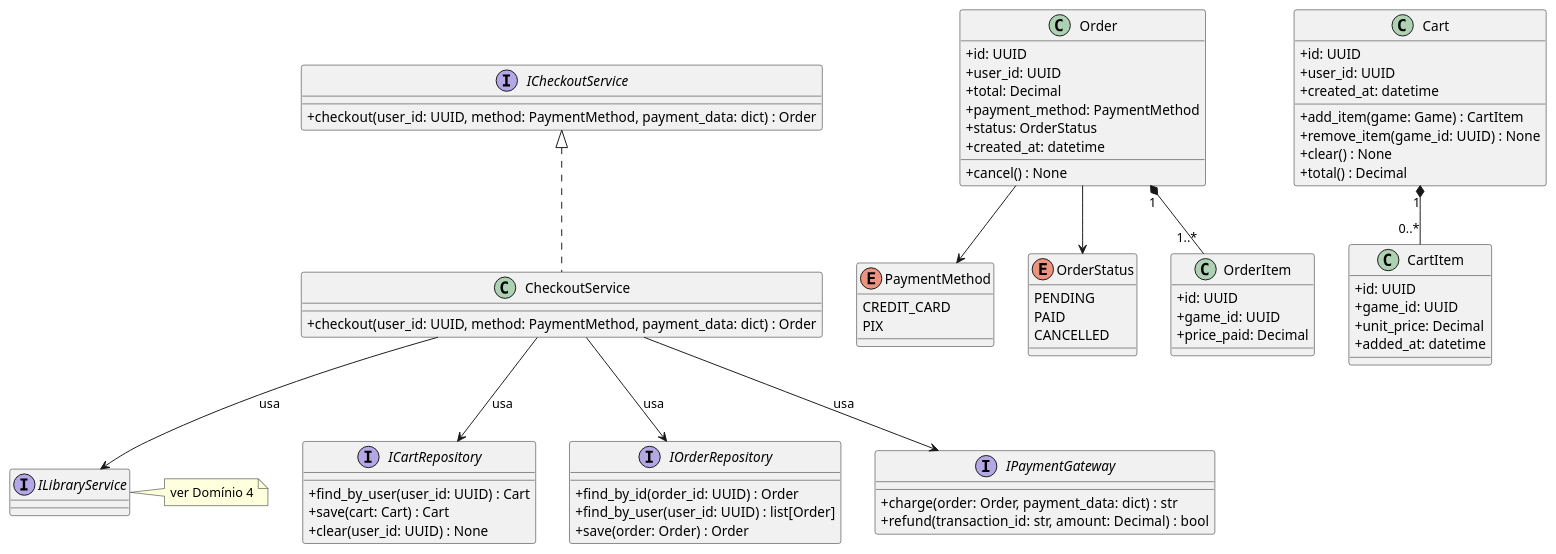
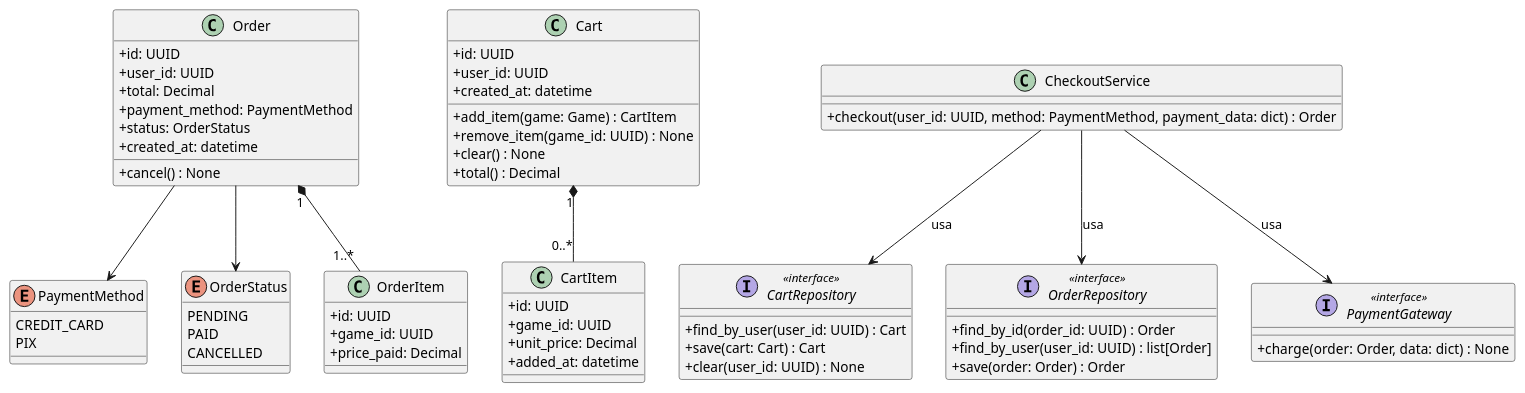
One commit to osantana/a3-ms changed diagram 12 of 14 in projeto-vapor.adoc. Above: the diagram before and after it, drawn with PlantUML. The commit also changed other lines of this file and 33 other files, not shown here.

```diff
--- a/projeto-vapor.adoc
+++ b/projeto-vapor.adoc
@@ -834,29 +951,20 @@
   + price_paid: Decimal
 }
 
-interface ICartRepository {
+interface CartRepository <<interface>> {
   + find_by_user(user_id: UUID) : Cart
   + save(cart: Cart) : Cart
   + clear(user_id: UUID) : None
 }
 
-interface IOrderRepository {
+interface OrderRepository <<interface>> {
   + find_by_id(order_id: UUID) : Order
   + find_by_user(user_id: UUID) : list[Order]
   + save(order: Order) : Order
 }
 
-interface IPaymentGateway {
-  + charge(order: Order, payment_data: dict) : str
-  + refund(transaction_id: str, amount: Decimal) : bool
-}
-
-interface ILibraryService {
-}
-note right of ILibraryService : ver Domínio 4
-
-interface ICheckoutService {
-  + checkout(user_id: UUID, method: PaymentMethod, payment_data: dict) : Order
+interface PaymentGateway <<interface>> {
+  + charge(order: Order, data: dict) : None
 }
 
 class CheckoutService {
@@ -867,10 +975,8 @@
 Order --> PaymentMethod
 Order --> OrderStatus
 Order "1" *-- "1..*" OrderItem
-ICheckoutService <|.. CheckoutService
-CheckoutService --> IPaymentGateway : usa
-CheckoutService --> ICartRepository : usa
-CheckoutService --> IOrderRepository : usa
-CheckoutService --> ILibraryService : usa
+CheckoutService --> CartRepository : usa
+CheckoutService --> OrderRepository : usa
+CheckoutService --> PaymentGateway : usa
 @enduml
 ----
```
